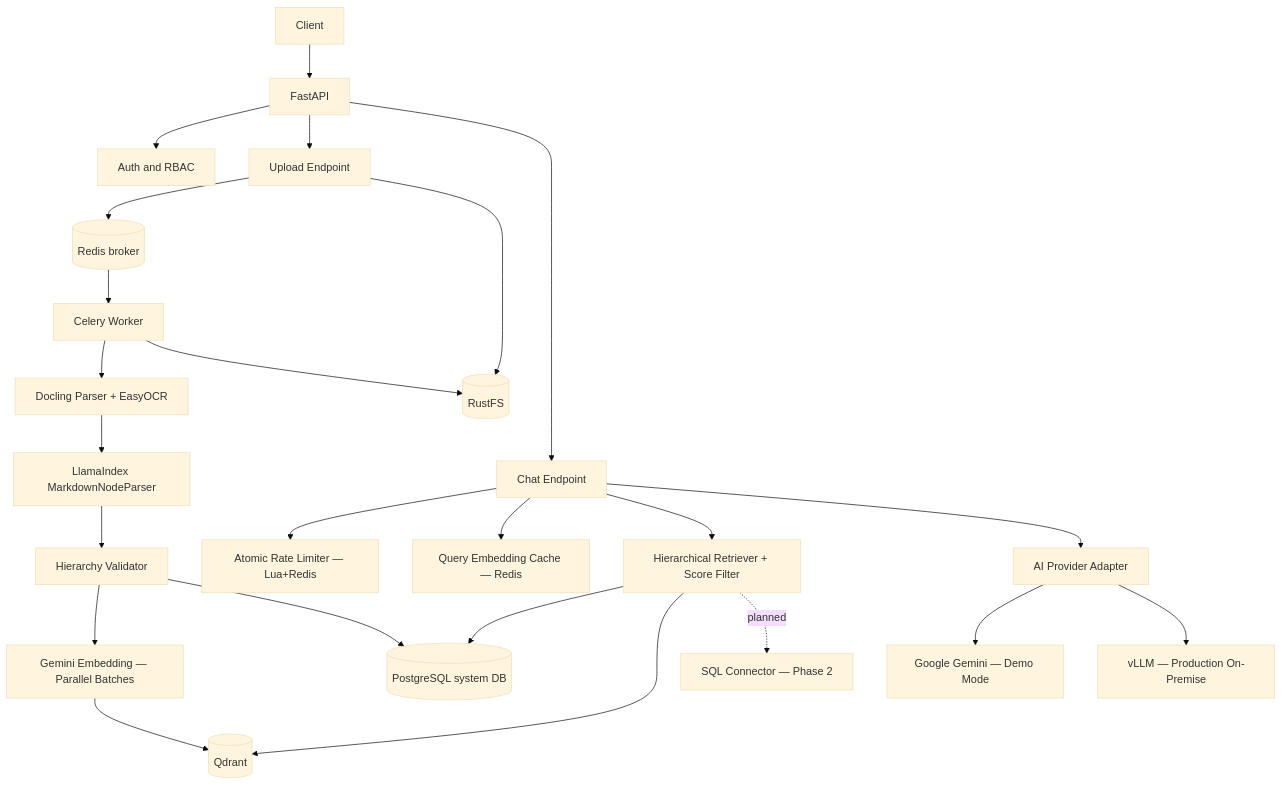
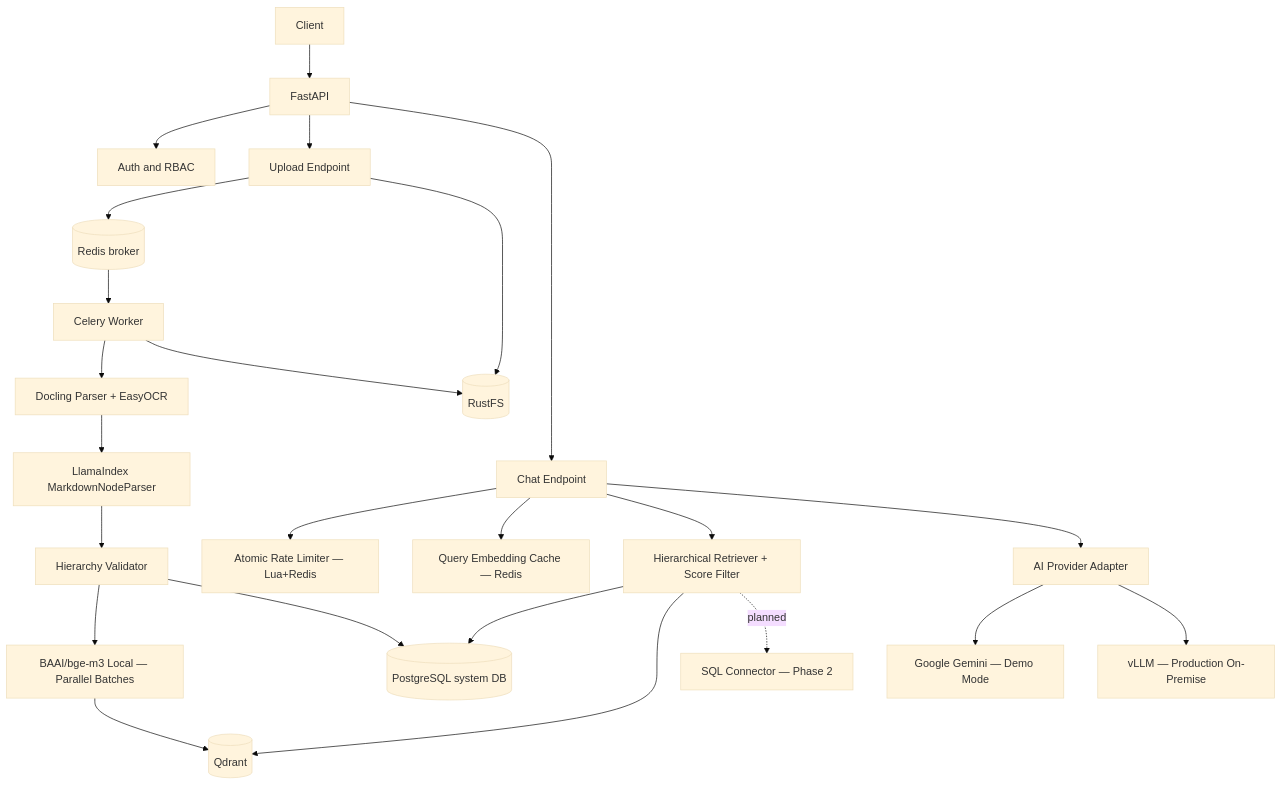
The diagram in docs/01_SYSTEM_ARCHITECTURE.md (qtuanph/chatbot-rag), drawn with Mermaid (base theme) before and after one commit. The commit also changed other lines of this file and 44 other files, not shown here.

Commit message:
feat: implement core RAG architecture with FastAPI, vector store integration, and admin dashboard UI

````diff
--- a/docs/01_SYSTEM_ARCHITECTURE.md
+++ b/docs/01_SYSTEM_ARCHITECTURE.md
@@ -24,30 +24,30 @@
 ```mermaid
 graph TD
     Client[Client] --> API[FastAPI]
     API --> Auth[Auth and RBAC]
     API --> Upload[Upload Endpoint]
     API --> Chat[Chat Endpoint]
 
     Upload --> Redis[(Redis broker)]
     Redis --> Worker[Celery Worker]
 
     Worker --> Parser[Docling Parser + EasyOCR]
     Parser --> NodeParser[LlamaIndex MarkdownNodeParser]
     NodeParser --> Validator[Hierarchy Validator]
-    Validator --> Embedder[Gemini Embedding — Parallel Batches]
+    Validator --> Embedder[BAAI/bge-m3 Local — Parallel Batches]
     Embedder --> Qdrant[(Qdrant)]
     Validator --> PG[(PostgreSQL system DB)]
 
     Upload --> RustFS[(RustFS)]
     Worker --> RustFS
 
     Chat --> Throttle[Atomic Rate Limiter — Lua+Redis]
     Chat --> QueryCache[Query Embedding Cache — Redis]
     Chat --> Retriever[Hierarchical Retriever + Score Filter]
     Retriever --> PG
     Retriever --> Qdrant
     Retriever -. planned -.-> SQLConnector[SQL Connector — Phase 2]
     Chat --> LLM[AI Provider Adapter]
     LLM --> Google[Google Gemini — Demo Mode]
     LLM --> vLLM[vLLM — Production On-Premise]
 ```
````
